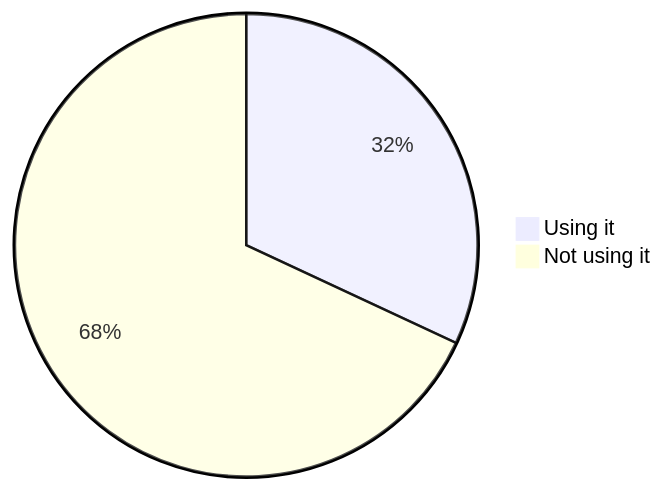
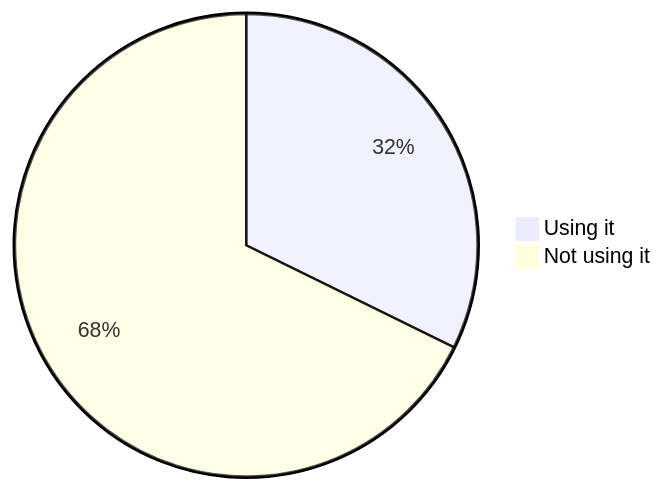
One commit to oshp/oshp-stats changed diagram 15 of 22 in stats.md. Above: the diagram before and after it, drawn with Mermaid. The commit also changed other lines of this file, not shown here.

````diff
--- a/stats.md
+++ b/stats.md
@@ -178,6 +178,6 @@
 ```mermaid
 pie
-	"Using it" : 31.93
-	"Not using it" : 68.07
+	"Using it" : 32.27
+	"Not using it" : 67.73
 
 ```
````
